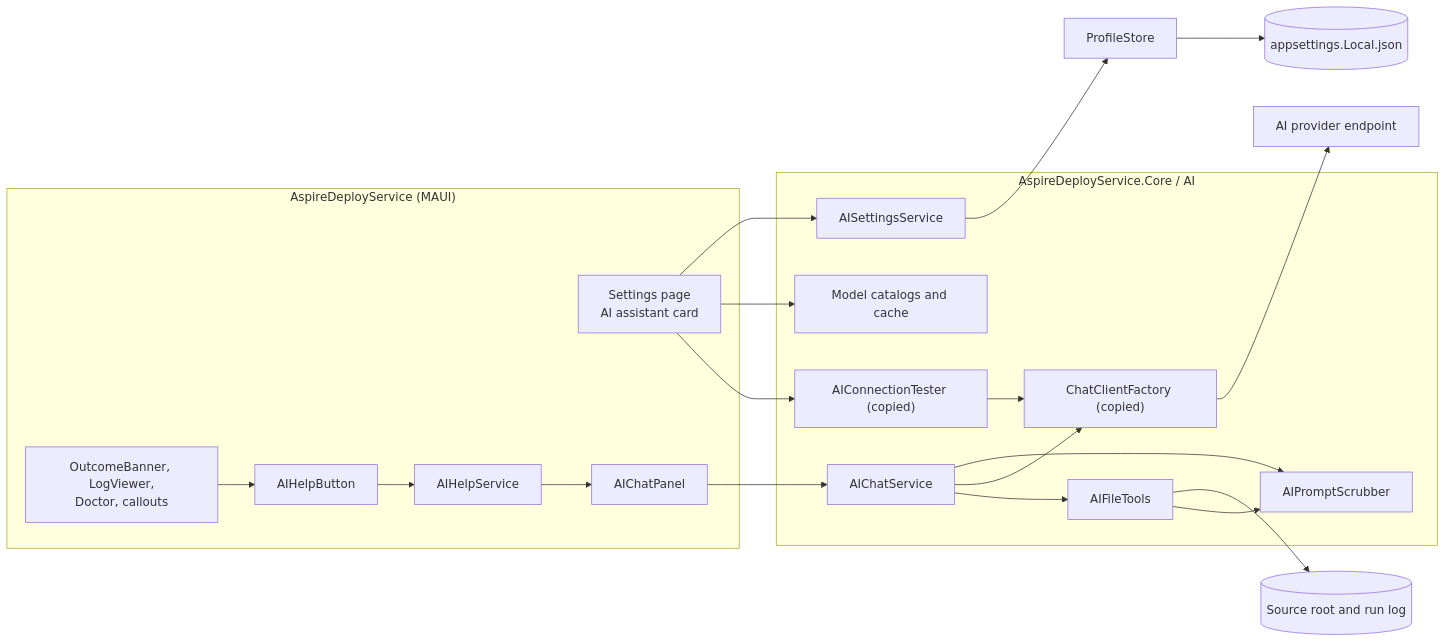
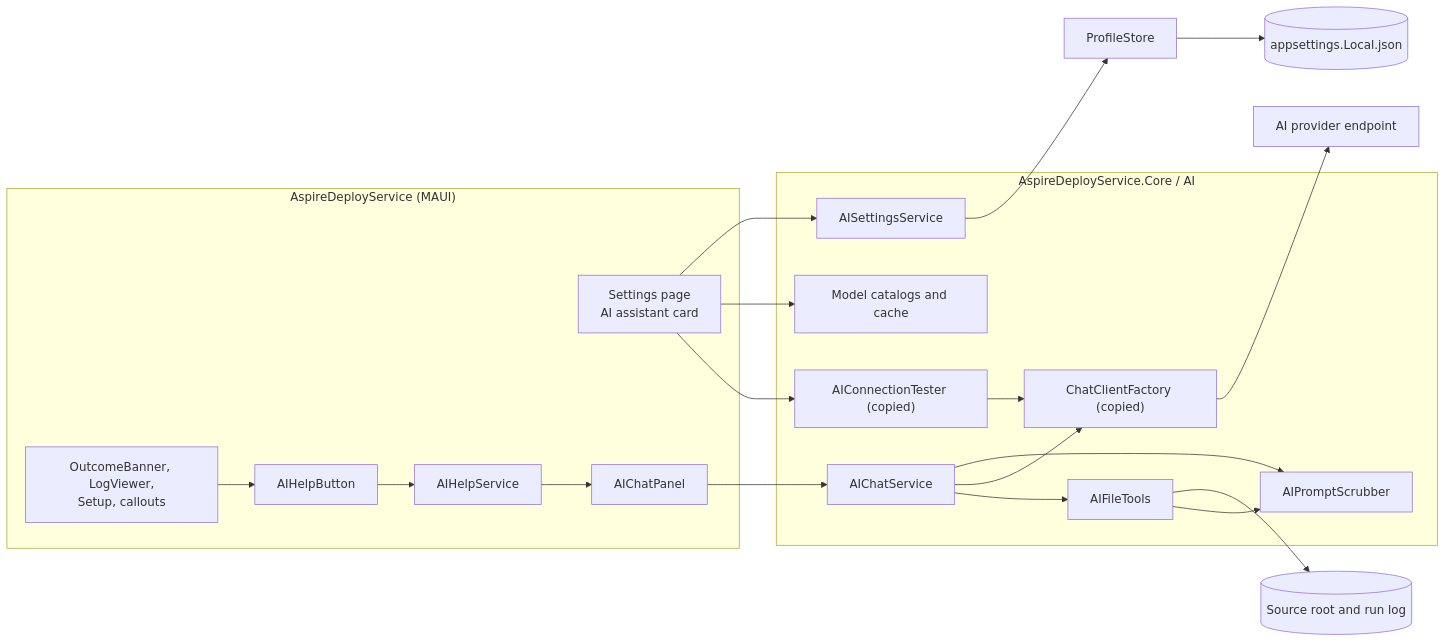
The first of 5 diagrams in docs/AI-Help-Plan.md (ADefWebserver/AspireDeployService), drawn with Mermaid before and after one commit. The commit also changed other lines of this file and 83 other files, not shown here.

First line of the commit message:
Rename Doctor to Setup and add AI settings and AI Help

````diff
--- a/docs/AI-Help-Plan.md
+++ b/docs/AI-Help-Plan.md
@@ -110,39 +110,39 @@
 ```mermaid
 flowchart LR
     subgraph Ui["AspireDeployService (MAUI)"]
         SettingsPage["Settings page<br/>AI assistant card"]
         Btn["AIHelpButton"]
         Panel["AIChatPanel"]
         HelpSvc["AIHelpService"]
-        Hosts["OutcomeBanner, LogViewer,<br/>Doctor, callouts"]
+        Hosts["OutcomeBanner, LogViewer,<br/>Setup, callouts"]
     end
     subgraph CoreAi["AspireDeployService.Core / AI"]
         AiSettings["AISettingsService"]
         Factory["ChatClientFactory (copied)"]
         Catalog["Model catalogs and cache"]
         Tester["AIConnectionTester (copied)"]
         Chat["AIChatService"]
         Scrub["AIPromptScrubber"]
         Tools["AIFileTools"]
     end
     Store["ProfileStore"]
     File[("appsettings.Local.json")]
     Provider["AI provider endpoint"]
     Src[("Source root and run log")]
     SettingsPage --> AiSettings
     SettingsPage --> Catalog
     SettingsPage --> Tester
     Hosts --> Btn
     Btn --> HelpSvc
     HelpSvc --> Panel
     Panel --> Chat
     Chat --> Scrub
     Chat --> Factory
     Chat --> Tools
     Tools --> Src
     Tools --> Scrub
     AiSettings --> Store
     Store --> File
     Factory --> Provider
     Tester --> Factory
 ```
````
